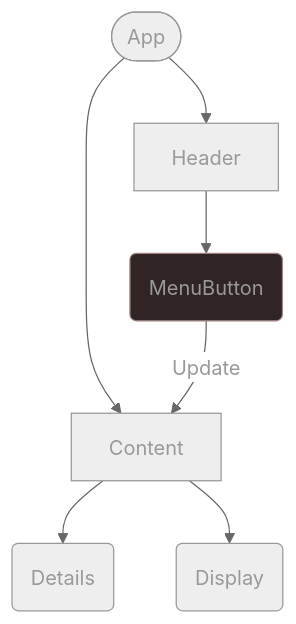
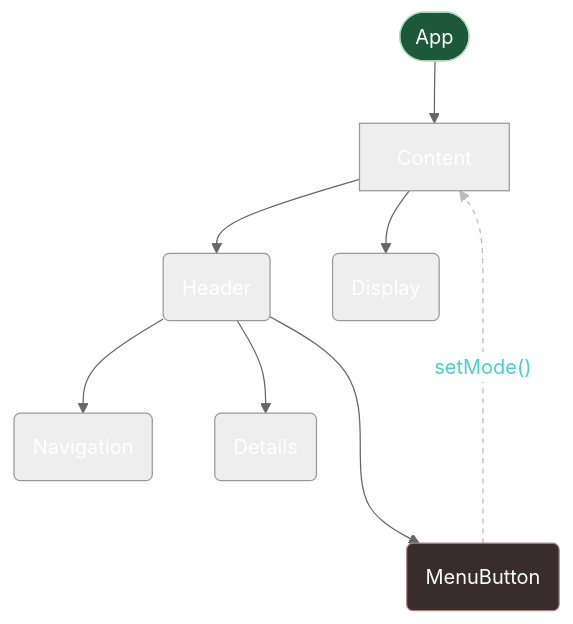
The diagram in src/component-graph.md (xram64/tma-react-gallery), drawn with Mermaid (neutral theme) before and after one commit. The commit also changed 2 other files, not shown here.

Commit message:
Basic app framework now working with test media
- Rewrote all components as functional components.
- Moved image/video rendering from Content into a new Display component.
- Consolidated 'currentPhoto'/'currentVideo' states into a single 'media' state object.
- Refactored component flow, making Content the parent of all other display components.
- Also moved Details and Navigation (WIP) components into Header for a simpler UI.

````diff
--- a/src/component-graph.md
+++ b/src/component-graph.md
@@ -1,24 +1,28 @@
 ```mermaid
 
 graph TD
     %% Flowchart %%
     A([App])
     
-    A --> H[Header]
     A --> C[Content]
-    H --> mb(MenuButton)
+
+    C --> HD(Header)
+    C --> DS(Display)
+
+    HD ---> mb(MenuButton)
+    HD --> nv(Navigation)
+    HD --> dt(Details)
     
-    C --> DT(Details)
-    C --> DS(Display)
-    
-    mb --> |Update| C
+    mb -. "setMode()" .-> C
 
 
     %% Styling %%
-    classDef helper fill:#302424,stroke:#a08282;
+    classDef root color:#fff,fill:#1d583a,stroke:#adb;
+    class A root;
+    
+    classDef helper fill:#382c2c,stroke:#a88686;
     class mb helper;
 
-    classDef root color:#999;
-    class A root;
+    linkStyle 6 stroke:#bbb,stroke-width:1px,stroke-dasharray:4,color:MediumTurquoise;
 
 ```
````
